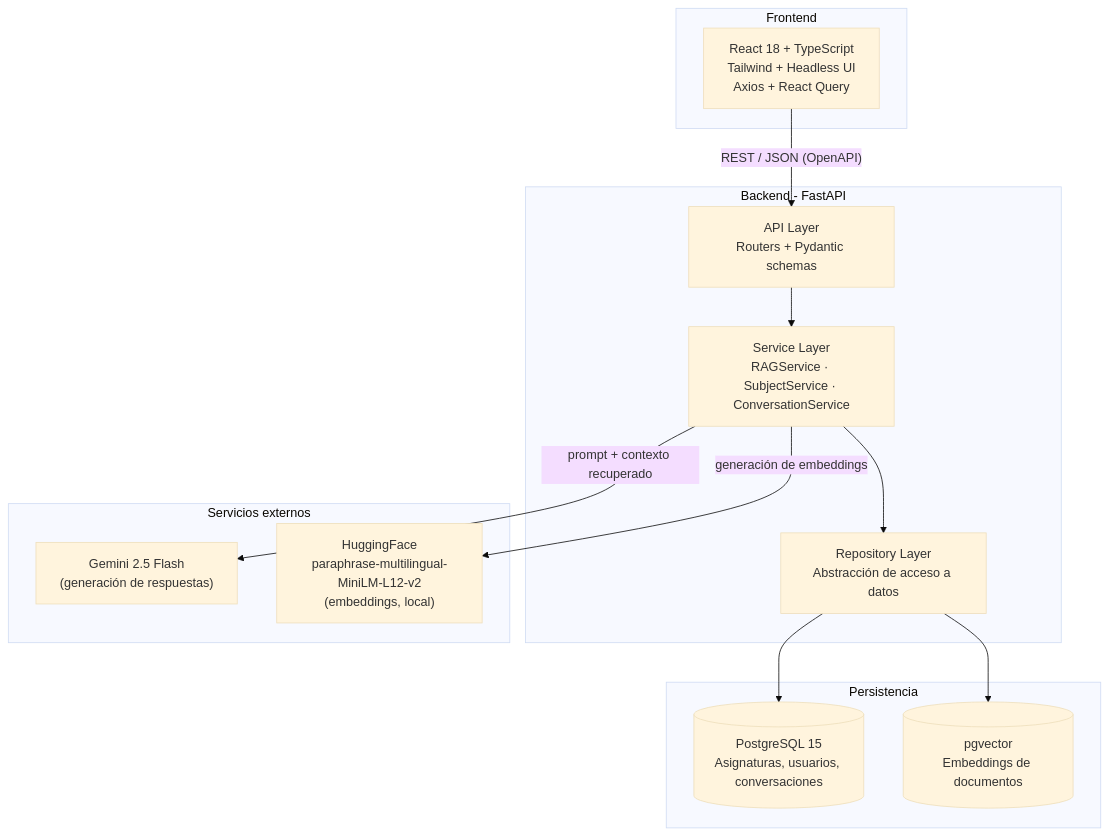
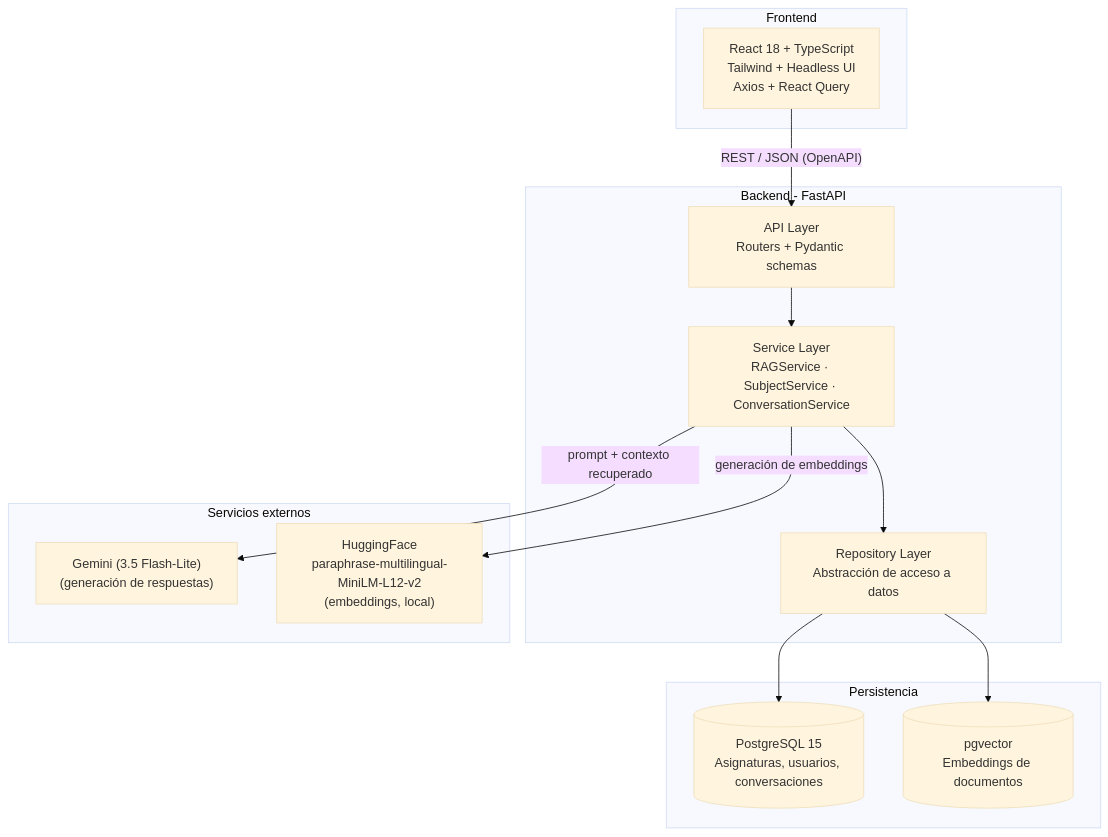
Before and after one commit to AlejandroNicolaide/AI4Devs-finalproject: the first of 3 diagrams in readme.md, drawn with Mermaid (base theme). The commit also changed other lines of this file and 104 other files, not shown here.

````diff
--- a/readme.md
+++ b/readme.md
@@ -76,30 +113,30 @@
 ```mermaid
 flowchart TB
     subgraph Client["Frontend"]
         UI["React 18 + TypeScript\nTailwind + Headless UI\nAxios + React Query"]
     end
 
     subgraph API["Backend - FastAPI"]
         Router["API Layer\nRouters + Pydantic schemas"]
         Service["Service Layer\nRAGService · SubjectService · ConversationService"]
         Repo["Repository Layer\nAbstracción de acceso a datos"]
     end
 
     subgraph Data["Persistencia"]
         PG[("PostgreSQL 15\nAsignaturas, usuarios, conversaciones")]
         VEC[("pgvector\nEmbeddings de documentos")]
     end
 
     subgraph External["Servicios externos"]
-        LLM["Gemini 2.5 Flash\n(generación de respuestas)"]
+        LLM["Gemini (3.5 Flash-Lite)\n(generación de respuestas)"]
         EMB["HuggingFace\nparaphrase-multilingual-MiniLM-L12-v2\n(embeddings, local)"]
     end
 
     UI -- "REST / JSON (OpenAPI)" --> Router
     Router --> Service
     Service --> Repo
     Repo --> PG
     Repo --> VEC
     Service -- "prompt + contexto recuperado" --> LLM
     Service -- "generación de embeddings" --> EMB
 ```
````
